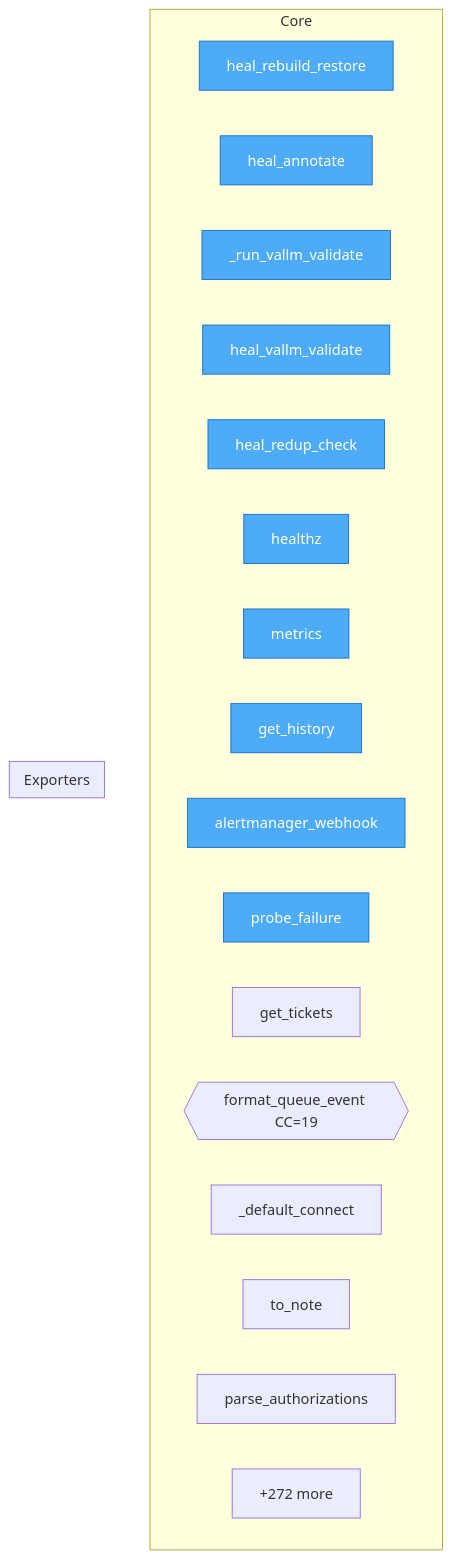
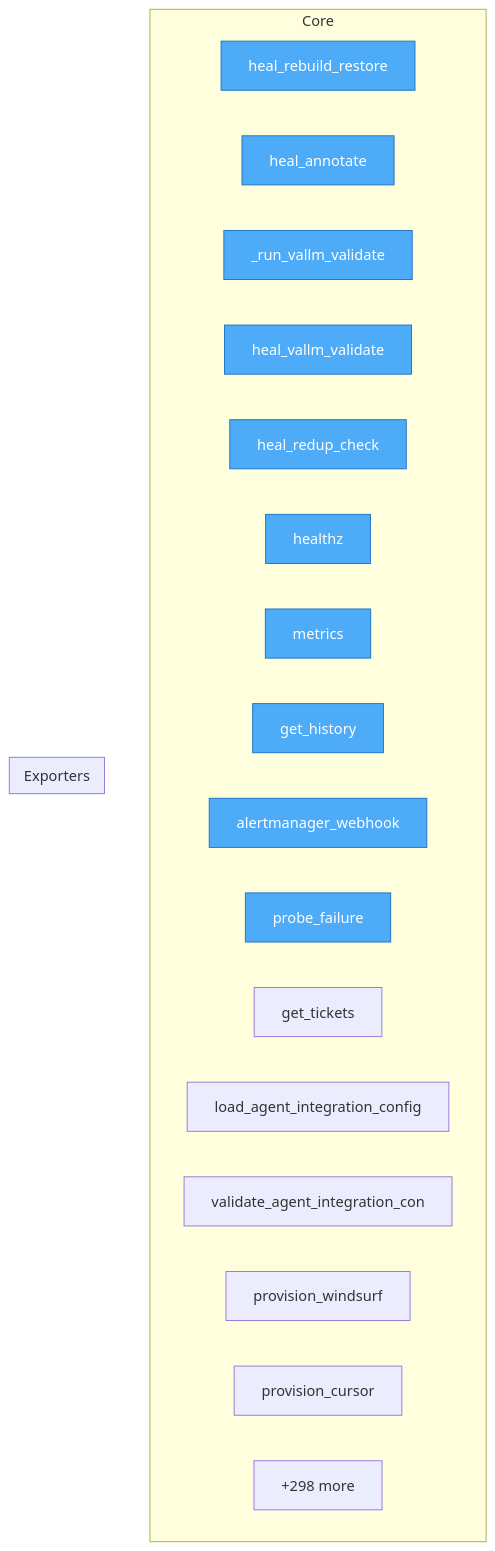
One commit to semcod/koru changed the diagram in project/flow.mmd. Above: the diagram before and after it, drawn with Mermaid. The commit also changed 59 other files, not shown here.

```diff
--- a/project/flow.mmd
+++ b/project/flow.mmd
@@ -1,29 +1,29 @@
 flowchart TD
 %% generated in 0.02s
 
     %% Entry points (blue)
     classDef entry fill:#4dabf7,stroke:#1971c2,color:#fff
 
     subgraph Core
         services__healing_webhook__app__heal_rebuild_restore["heal_rebuild_restore"]
         services__healing_webhook__app__heal_annotate["heal_annotate"]
         services__healing_webhook__app___run_vallm_validate["_run_vallm_validate"]
         services__healing_webhook__app__heal_vallm_validate["heal_vallm_validate"]
         services__healing_webhook__app__heal_redup_check["heal_redup_check"]
         services__healing_webhook__app__healthz["healthz"]
         services__healing_webhook__app__metrics["metrics"]
         services__healing_webhook__app__get_history["get_history"]
         services__healing_webhook__app__alertmanager_webhook["alertmanager_webhook"]
         services__healing_webhook__app__probe_failure["probe_failure"]
         services__healing_webhook__app__get_tickets["get_tickets"]
-        src__koru__watch__format_queue_event{{format_queue_event CC=19}}
-        src__koru__watch___default_connect["_default_connect"]
-        src__koru__gate__GateAuthorization__to_note["to_note"]
-        src__koru__gate__parse_authorizations["parse_authorizations"]
-        ...["+272 more"]
+        src__koru__agent_backends__load_agent_integration_config["load_agent_integration_config"]
+        src__koru__agent_backends__validate_agent_integration_config["validate_agent_integration_con"]
+        src__koru__mcp_provision__provision_windsurf["provision_windsurf"]
+        src__koru__mcp_provision__provision_cursor["provision_cursor"]
+        ...["+298 more"]
     end
 
     subgraph Exporters
     end
 
     class services__healing_webhook__app__heal_rebuild_restore,services__healing_webhook__app__heal_annotate,services__healing_webhook__app___run_vallm_validate,services__healing_webhook__app__heal_vallm_validate,services__healing_webhook__app__heal_redup_check,services__healing_webhook__app__healthz,services__healing_webhook__app__metrics,services__healing_webhook__app__get_history,services__healing_webhook__app__alertmanager_webhook,services__healing_webhook__app__probe_failure entry
```
